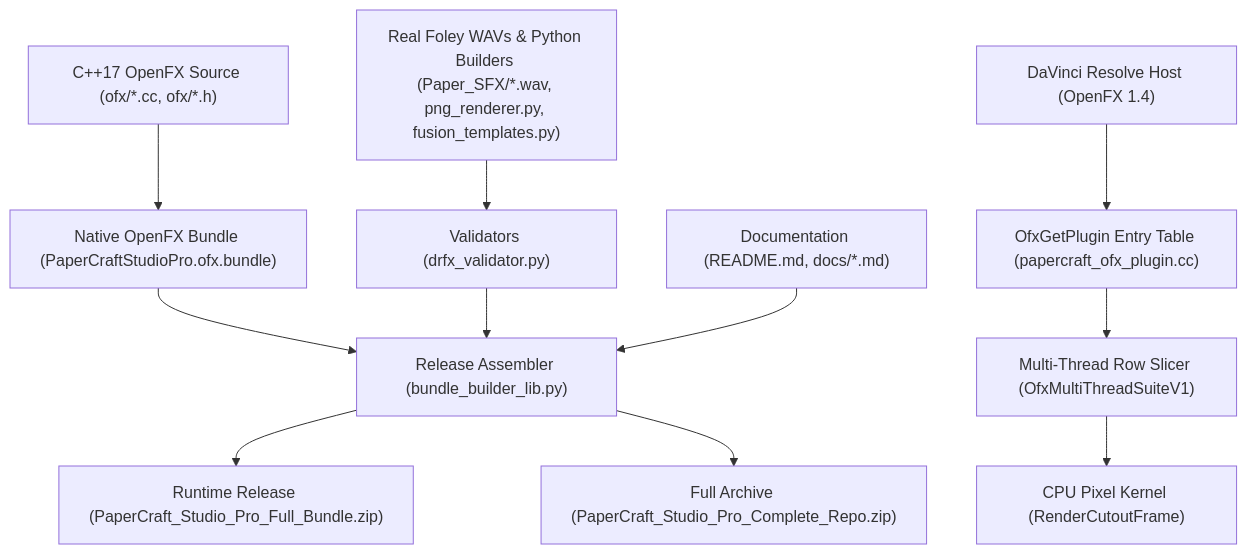
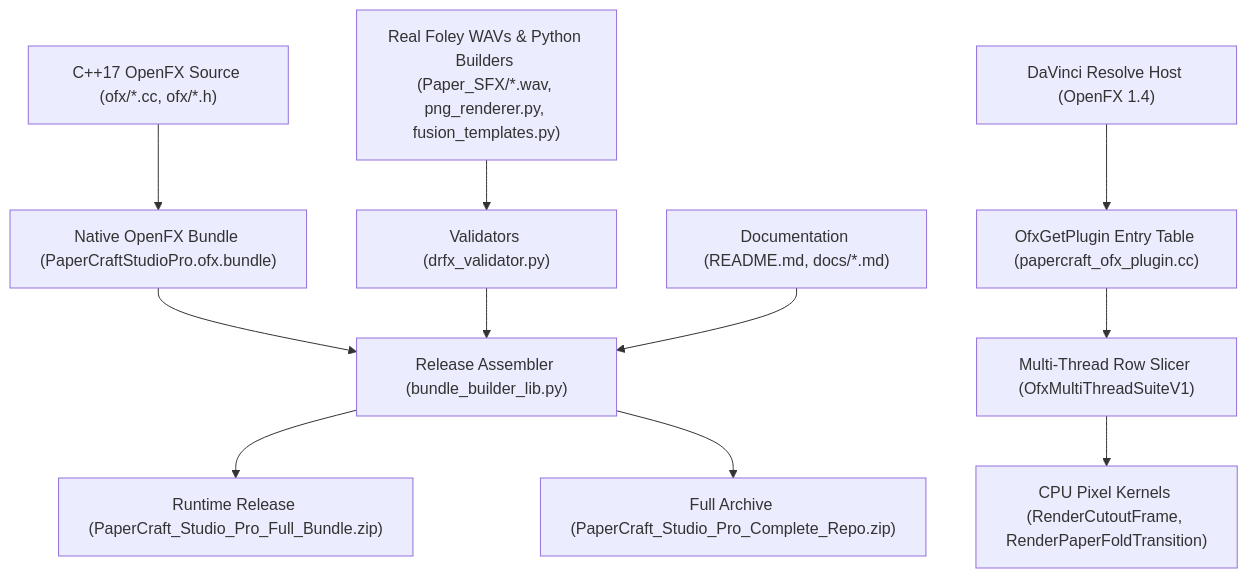
Before and after one commit to la-matatena/mttn-papercraft-studio: the first of 3 diagrams in docs/design_doc.md, drawn with Mermaid. The commit also changed other lines of this file and 20 other files, not shown here.

````diff
--- a/docs/design_doc.md
+++ b/docs/design_doc.md
@@ -56,14 +58,14 @@
 ```mermaid
 flowchart TD
   S["C++17 OpenFX Source (ofx/*.cc, ofx/*.h)"] --> B["Native OpenFX Bundle (PaperCraftStudioPro.ofx.bundle)"]
   P["Real Foley WAVs & Python Builders (Paper_SFX/*.wav, png_renderer.py, fusion_templates.py)"] --> V["Validators (drfx_validator.py)"]
   B --> R["Release Assembler (bundle_builder_lib.py)"]
   V --> R
   D["Documentation (README.md, docs/*.md)"] --> R
   R --> Z1["Runtime Release (PaperCraft_Studio_Pro_Full_Bundle.zip)"]
   R --> Z2["Full Archive (PaperCraft_Studio_Pro_Complete_Repo.zip)"]
 
   H["DaVinci Resolve Host (OpenFX 1.4)"] --> E["OfxGetPlugin Entry Table (papercraft_ofx_plugin.cc)"]
   E --> T["Multi-Thread Row Slicer (OfxMultiThreadSuiteV1)"]
-  T --> K["CPU Pixel Kernel (RenderCutoutFrame)"]
+  T --> K["CPU Pixel Kernels (RenderCutoutFrame, RenderPaperFoldTransition)"]
 ```
````
